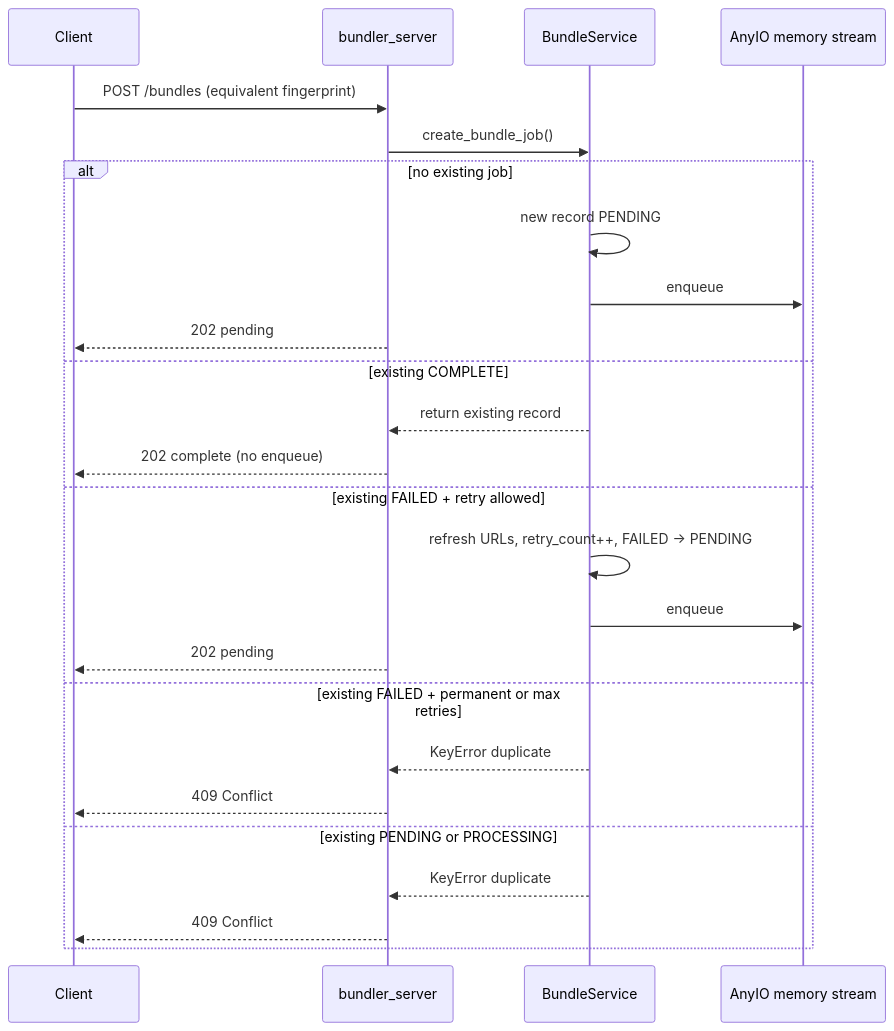
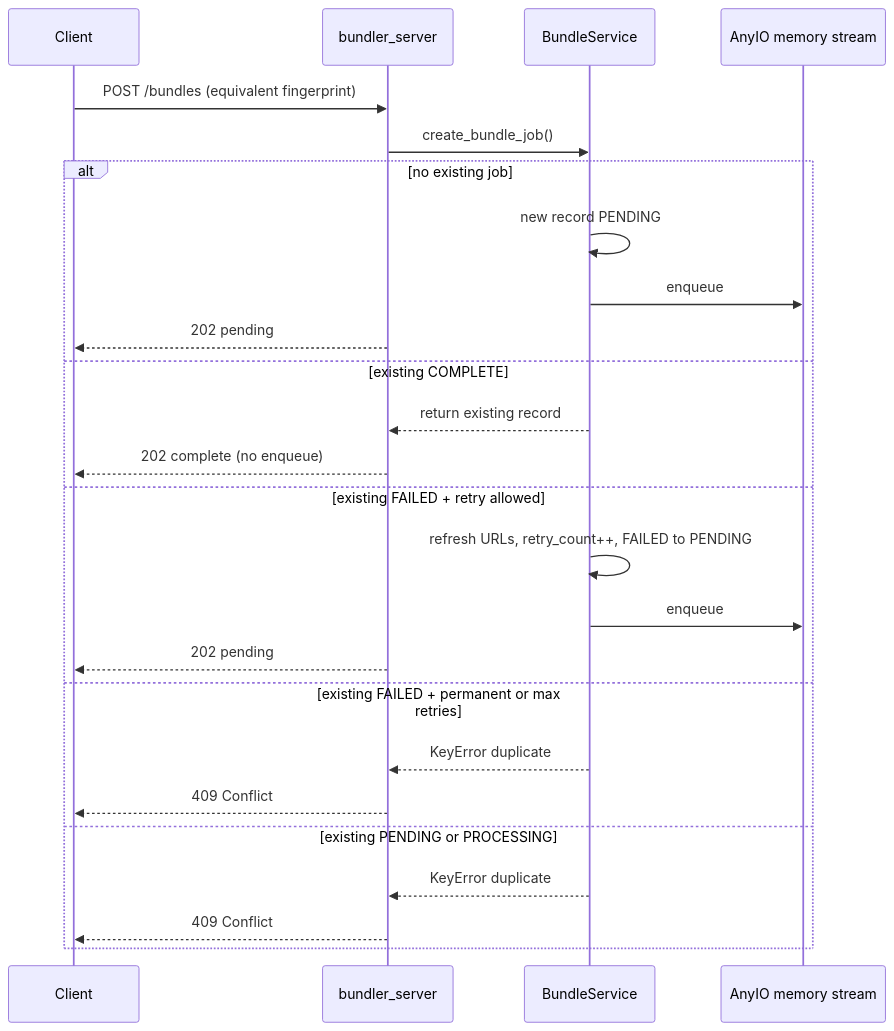
The third of 4 diagrams in bundler/docs/bundle-request-flow.md (pmahon3/Data-Portal), drawn with Mermaid before and after one commit. The commit also changed other lines of this file, not shown here.

Commit message:
docs(bundler): update mermaid diagram syntax error of bundle request flow

````diff
--- a/bundler/docs/bundle-request-flow.md
+++ b/bundler/docs/bundle-request-flow.md
@@ -106,29 +106,29 @@
 ```mermaid
 sequenceDiagram
     participant Client
     participant HTTP as bundler_server
     participant Svc as BundleService
     participant Q as AnyIO memory stream
 
     Client->>HTTP: POST /bundles (equivalent fingerprint)
     HTTP->>Svc: create_bundle_job()
 
     alt no existing job
         Svc->>Svc: new record PENDING
         Svc->>Q: enqueue
         HTTP-->>Client: 202 pending
     else existing COMPLETE
         Svc-->>HTTP: return existing record
         HTTP-->>Client: 202 complete (no enqueue)
     else existing FAILED + retry allowed
-        Svc->>Svc: refresh URLs, retry_count++, FAILED → PENDING
+        Svc->>Svc: refresh URLs, retry_count++, FAILED to PENDING
         Svc->>Q: enqueue
         HTTP-->>Client: 202 pending
     else existing FAILED + permanent or max retries
         Svc-->>HTTP: KeyError duplicate
         HTTP-->>Client: 409 Conflict
     else existing PENDING or PROCESSING
         Svc-->>HTTP: KeyError duplicate
         HTTP-->>Client: 409 Conflict
     end
 ```
````
